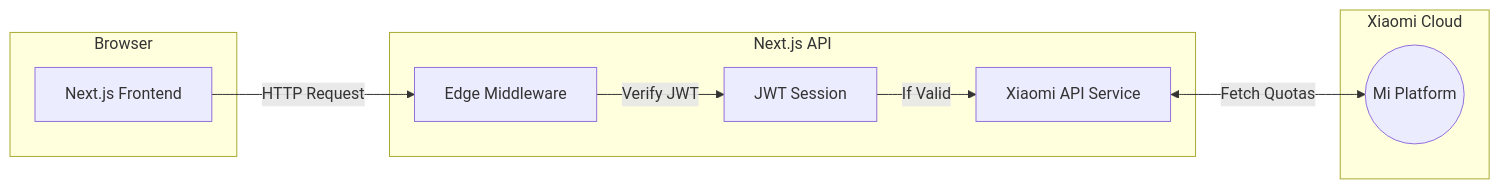
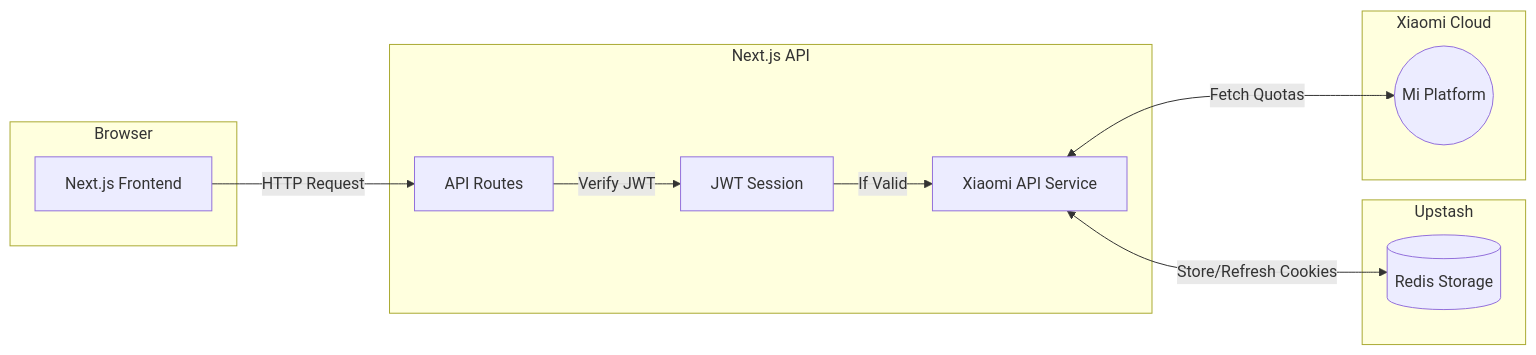
Before and after one commit to 0xtbug/Mimo-Usage: the diagram in README.md, drawn with Mermaid. The commit also changed other lines of this file, not shown here.

Commit message:
docs(README.md): update architecture diagram to include Redis for session storage docs(README.md): add Upstash Redis to the list of technologies used docs(README.md): add Upstash Redis environment variables to setup instructions docs(README.md): update Vercel deploy button to include Upstash Redis environment variables

````diff
--- a/README.md
+++ b/README.md
@@ -23,21 +23,26 @@
 ```mermaid
 flowchart LR
     subgraph Client [Browser]
         UI[Next.js Frontend]
     end
 
     subgraph Server [Next.js API]
-        Proxy[Edge Middleware]
+        Proxy[API Routes]
         Auth[JWT Session]
         Xiaomi[Xiaomi API Service]
+    end
+
+    subgraph Database [Upstash]
+        Redis[(Redis Storage)]
     end
 
     subgraph External [Xiaomi Cloud]
         MiApi((Mi Platform))
     end
 
     UI -->|HTTP Request| Proxy
     Proxy -->|Verify JWT| Auth
     Auth -->|If Valid| Xiaomi
     Xiaomi <-->|Fetch Quotas| MiApi
+    Xiaomi <-->|Store/Refresh Cookies| Redis
 ```
````
